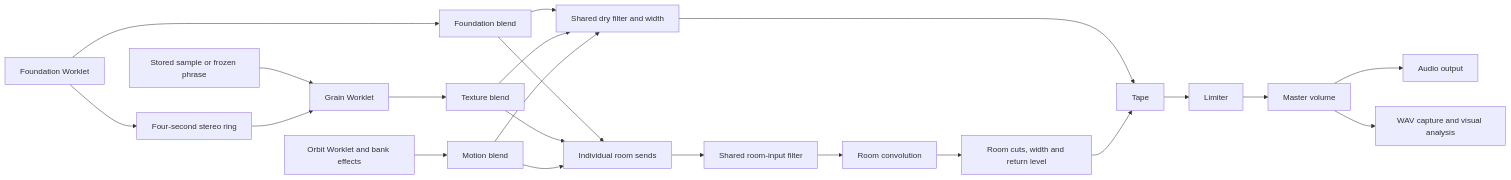
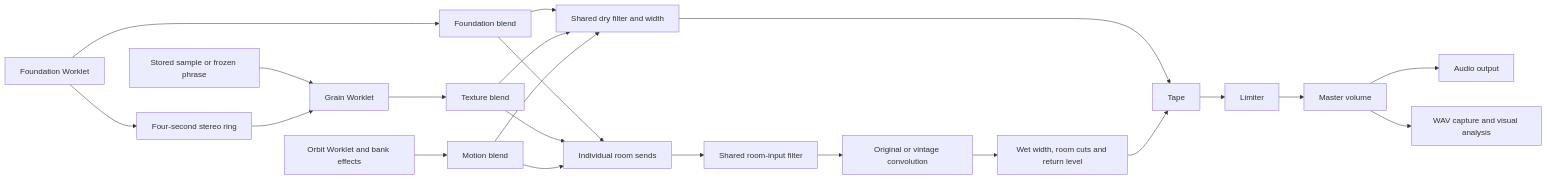
The diagram in docs/ARCHITECTURE.md (jaredkirby/hushfield), drawn with Mermaid before and after one commit. The commit also changed other lines of this file and 37 other files, not shown here.

````diff
--- a/docs/ARCHITECTURE.md
+++ b/docs/ARCHITECTURE.md
@@ -21,24 +21,24 @@
 ```mermaid
 flowchart LR
   F[Foundation Worklet] --> FG[Foundation blend]
   F --> R[Four-second stereo ring]
   S[Stored sample or frozen phrase] --> G[Grain Worklet]
   R --> G
   G --> TG[Texture blend]
   O[Orbit Worklet and bank effects] --> MG[Motion blend]
   FG --> P[Shared dry filter and width]
   TG --> P
   MG --> P
   FG --> SND[Individual room sends]
   TG --> SND
   MG --> SND
   SND --> RF[Shared room-input filter]
-  RF --> IR[Room convolution]
-  IR --> RT[Room cuts, width and return level]
+  RF --> IR[Original or vintage convolution]
+  IR --> RT[Wet width, room cuts and return level]
   P --> T[Tape]
   RT --> T
   T --> L[Limiter]
   L --> M[Master volume]
   M --> D[Audio output]
   M --> C[WAV capture and visual analysis]
 ```
````
